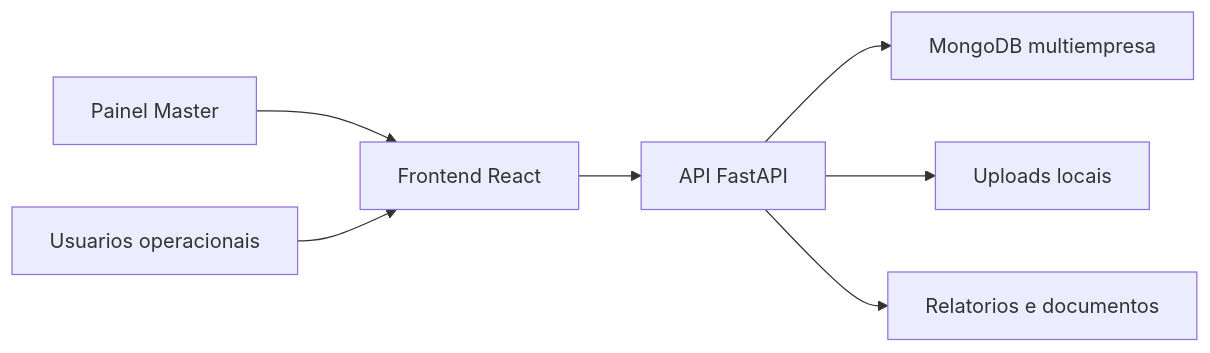
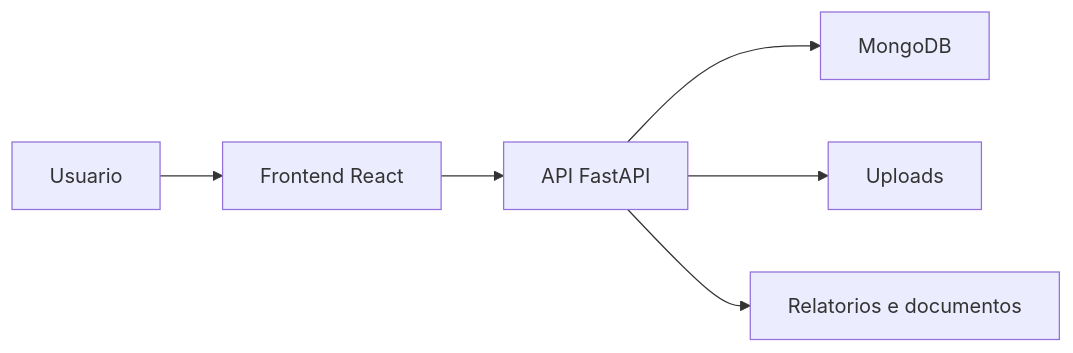
The diagram in README.md (Alexandrekalion/GestorEPI-multiempresas-v5-9), drawn with Mermaid before and after one commit. The commit also changed other lines of this file and 83 other files, not shown here.

````diff
--- a/README.md
+++ b/README.md
@@ -36,9 +64,8 @@
 ```mermaid
 flowchart LR
-    Master["Painel Master"] --> Frontend["Frontend React"]
-    Users["Usuarios operacionais"] --> Frontend
-    Frontend --> API["API FastAPI"]
-    API --> Mongo["MongoDB multiempresa"]
-    API --> Uploads["Uploads locais"]
-    API --> Reports["Relatorios e documentos"]
+    Usuario["Usuario"] --> Web["Frontend React"]
+    Web --> API["API FastAPI"]
+    API --> DB["MongoDB"]
+    API --> Uploads["Uploads"]
+    API --> Docs["Relatorios e documentos"]
 ```
````
